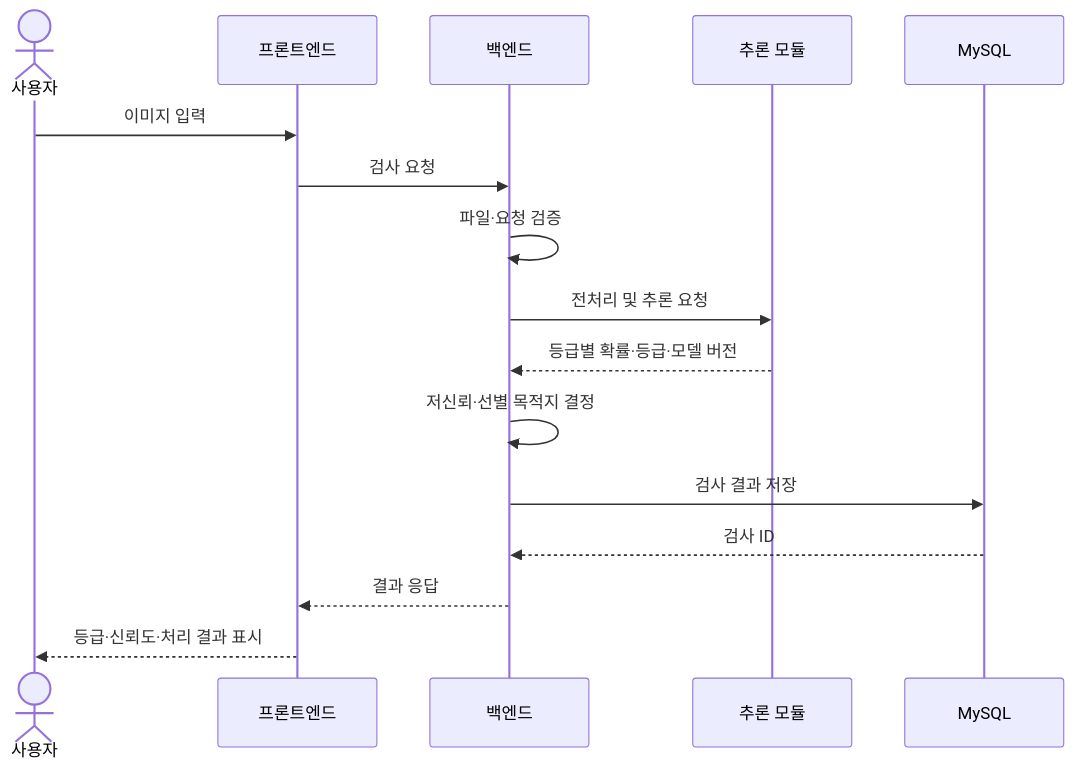
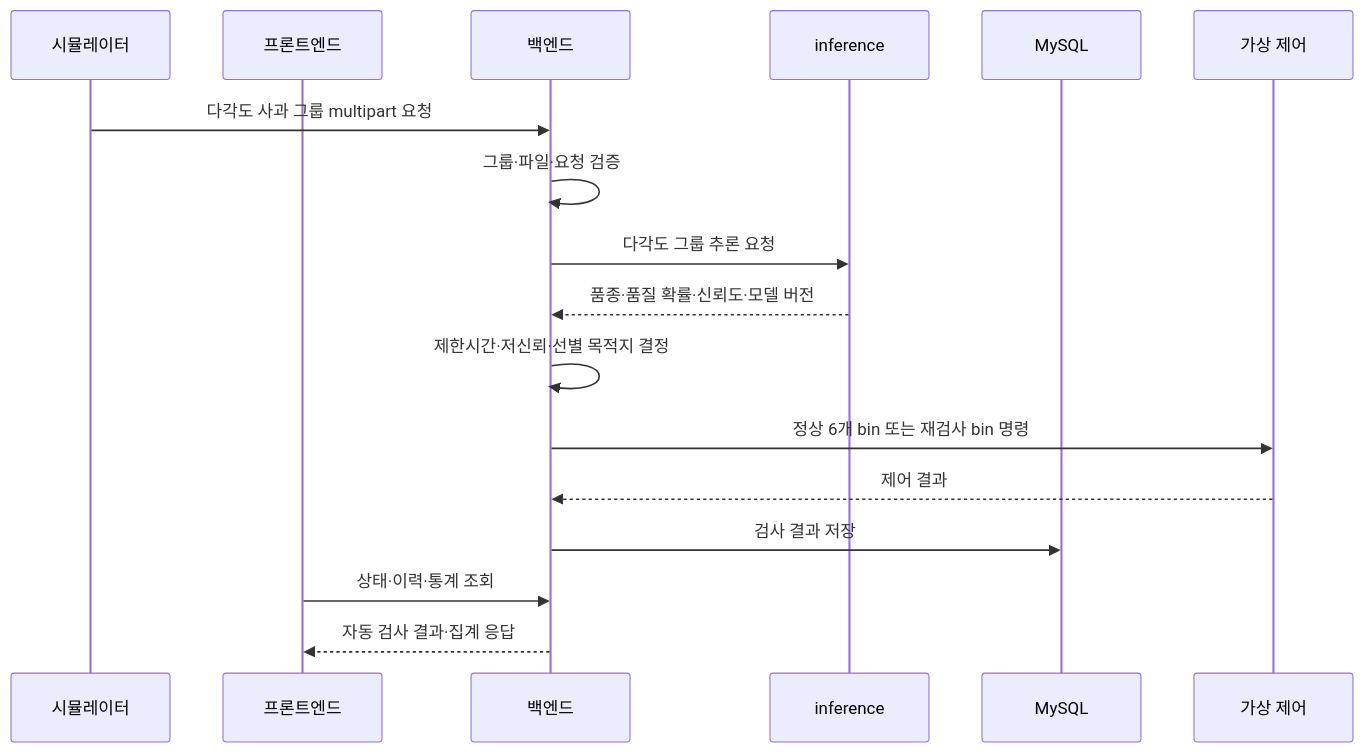
Before and after one commit to yuudong123/CQC: the second of 3 diagrams in docs/architecture.md, drawn with Mermaid. The commit also changed other lines of this file and 7 other files, not shown here.

````diff
--- a/docs/architecture.md
+++ b/docs/architecture.md
@@ -52,19 +54,20 @@
 ```mermaid
 sequenceDiagram
-    actor User as 사용자
+    participant SIM as 시뮬레이터
     participant FE as 프론트엔드
     participant BE as 백엔드
-    participant AI as 추론 모듈
+    participant AI as inference
     participant DB as MySQL
+    participant CTL as 가상 제어
 
-    User->>FE: 이미지 입력
-    FE->>BE: 검사 요청
-    BE->>BE: 파일·요청 검증
-    BE->>AI: 전처리 및 추론 요청
-    AI-->>BE: 등급별 확률·등급·모델 버전
-    BE->>BE: 저신뢰·선별 목적지 결정
+    SIM->>BE: 다각도 사과 그룹 multipart 요청
+    BE->>BE: 그룹·파일·요청 검증
+    BE->>AI: 다각도 그룹 추론 요청
+    AI-->>BE: 품종·품질 확률·신뢰도·모델 버전
+    BE->>BE: 제한시간·저신뢰·선별 목적지 결정
+    BE->>CTL: 정상 6개 bin 또는 재검사 bin 명령
+    CTL-->>BE: 제어 결과
     BE->>DB: 검사 결과 저장
-    DB-->>BE: 검사 ID
-    BE-->>FE: 결과 응답
-    FE-->>User: 등급·신뢰도·처리 결과 표시
+    FE->>BE: 상태·이력·통계 조회
+    BE-->>FE: 자동 검사 결과·집계 응답
 ```
````
